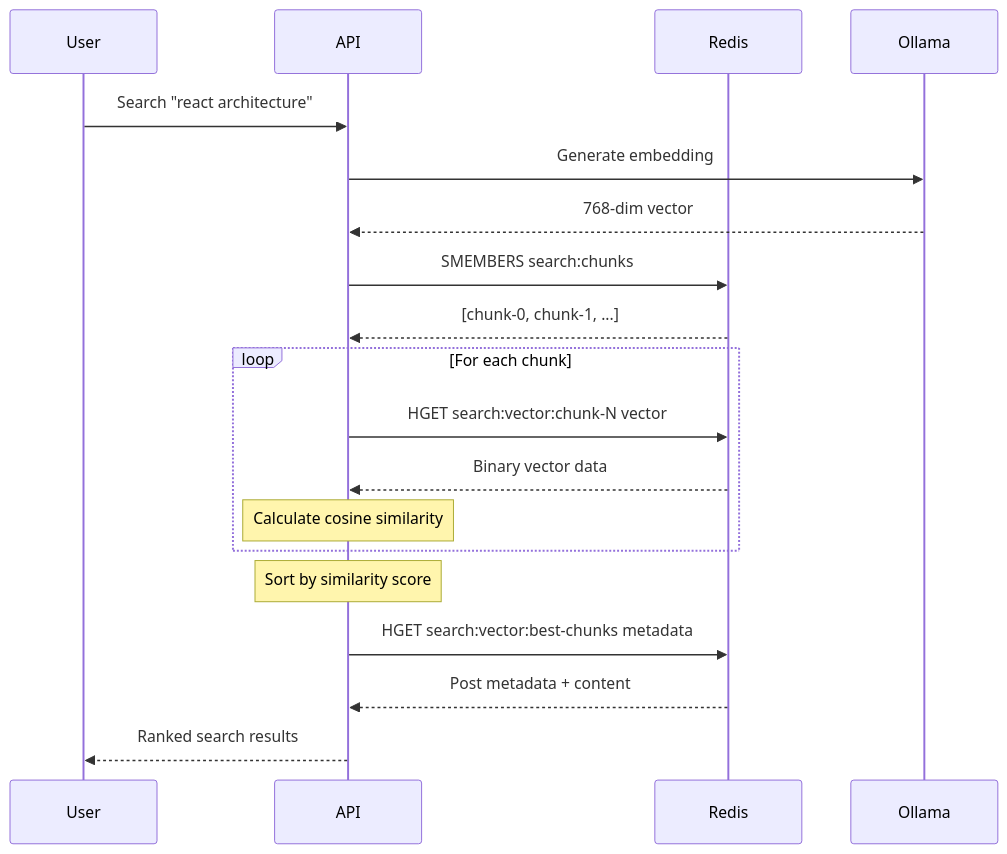
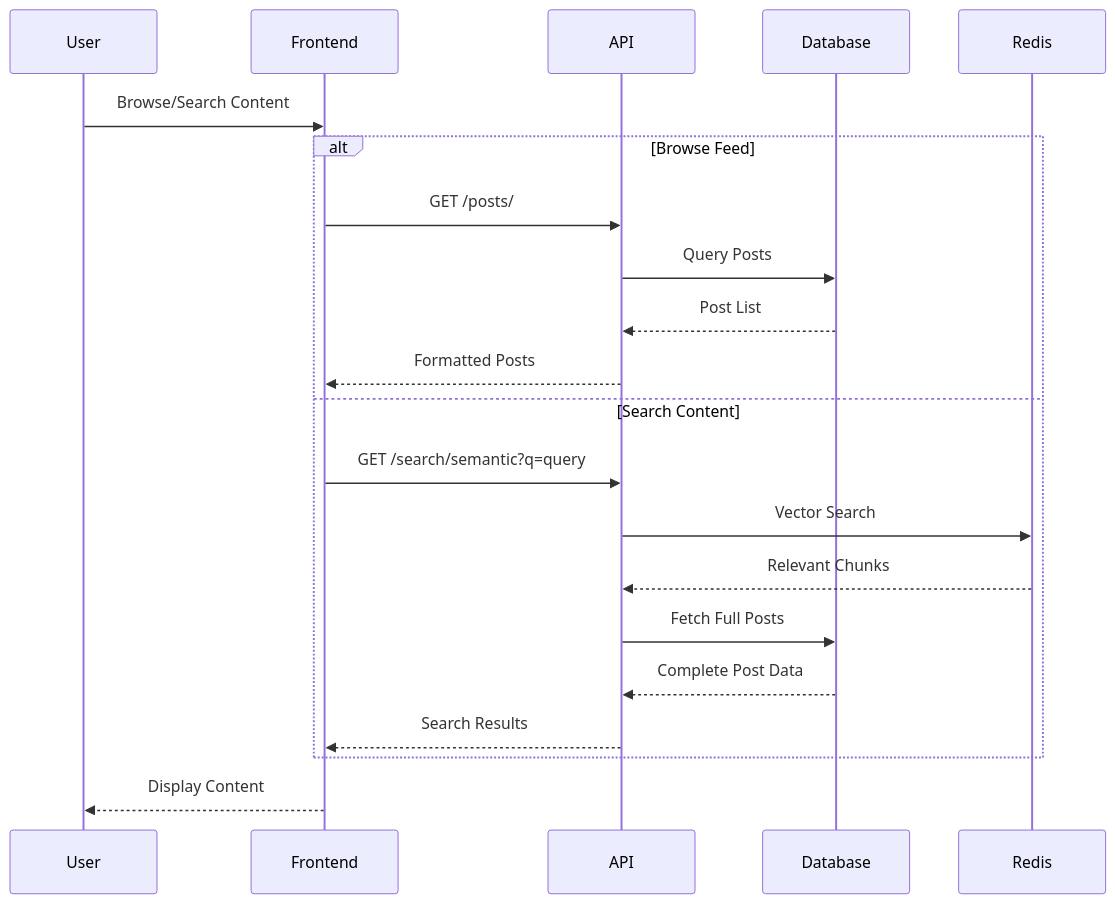
Before and after one commit to ITechGenie/itg-docverse: the fifth of 7 diagrams in readme.md, drawn with Mermaid. The commit also changed other lines of this file and 8 other files, not shown here.

````diff
--- a/readme.md
+++ b/readme.md
@@ -219,25 +264,26 @@
 ```mermaid
 sequenceDiagram
     participant User
+    participant Frontend
     participant API
+    participant Database
     participant Redis
-    participant Ollama
     
-    User->>API: Search "react architecture"
-    API->>Ollama: Generate embedding
-    Ollama-->>API: 768-dim vector
+    User->>Frontend: Browse/Search Content
     
-    API->>Redis: SMEMBERS search:chunks
-    Redis-->>API: [chunk-0, chunk-1, ...]
-    
-    loop For each chunk
-        API->>Redis: HGET search:vector:chunk-N vector
-        Redis-->>API: Binary vector data
-        Note over API: Calculate cosine similarity
+    alt Browse Feed
+        Frontend->>API: GET /posts/
+        API->>Database: Query Posts
+        Database-->>API: Post List
+        API-->>Frontend: Formatted Posts
+    else Search Content
+        Frontend->>API: GET /search/semantic?q=query
+        API->>Redis: Vector Search
+        Redis-->>API: Relevant Chunks
+        API->>Database: Fetch Full Posts
+        Database-->>API: Complete Post Data
+        API-->>Frontend: Search Results
     end
     
-    Note over API: Sort by similarity score
-    API->>Redis: HGET search:vector:best-chunks metadata
-    Redis-->>API: Post metadata + content
-    API-->>User: Ranked search results
+    Frontend-->>User: Display Content
 ```
````
